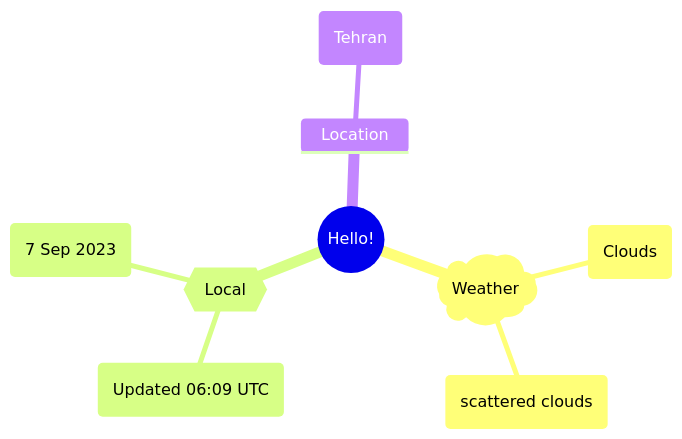
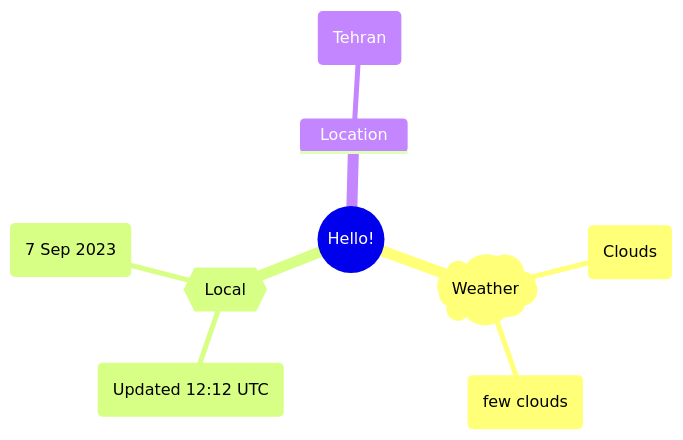
Before and after one commit to Xosrov/Xosrov: the first of 2 diagrams in README.md, drawn with Mermaid.

Commit message:
[bot] updated images

````diff
--- a/README.md
+++ b/README.md
@@ -3,12 +3,12 @@
 ```mermaid
 mindmap
   root((Hello!))
     )Weather(
         (Clouds)
-        (scattered clouds)
+        (few clouds)
     {{Local}}
-        (Updated 06:09 UTC)
+        (Updated 12:12 UTC)
         (7 Sep 2023)
     Location
         (Tehran)
 ```
````
